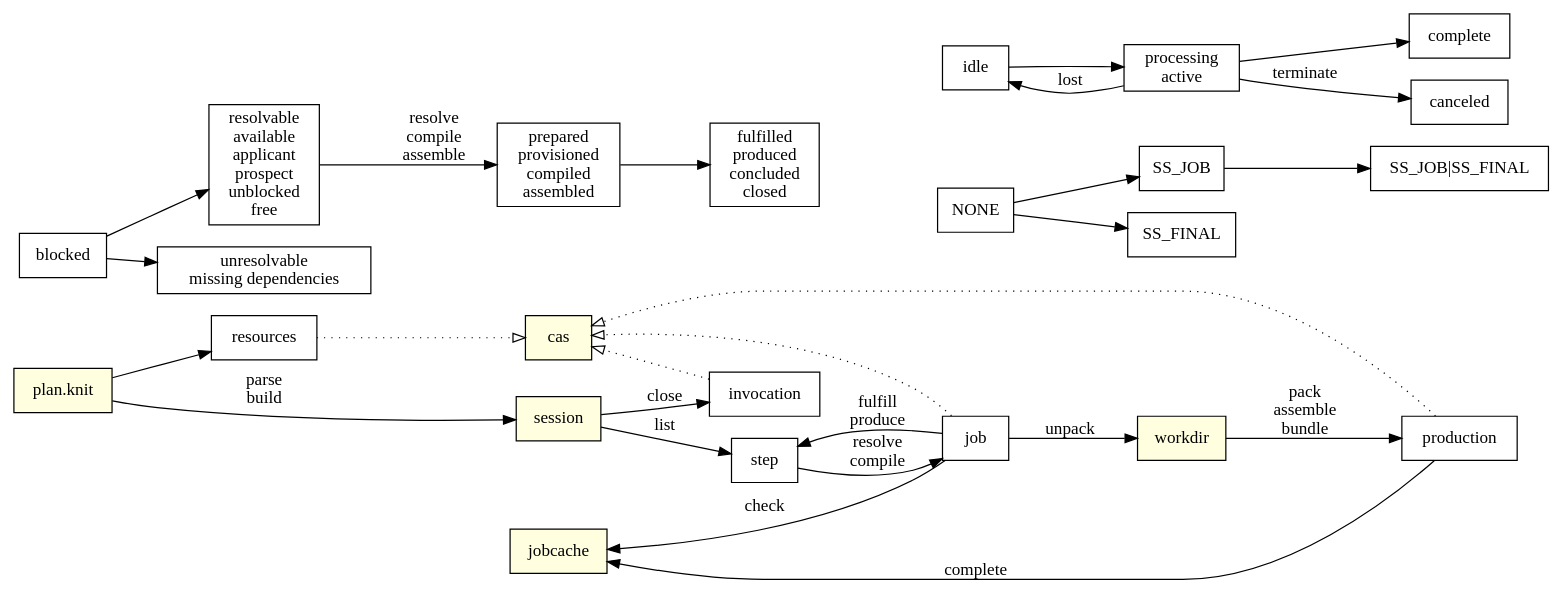
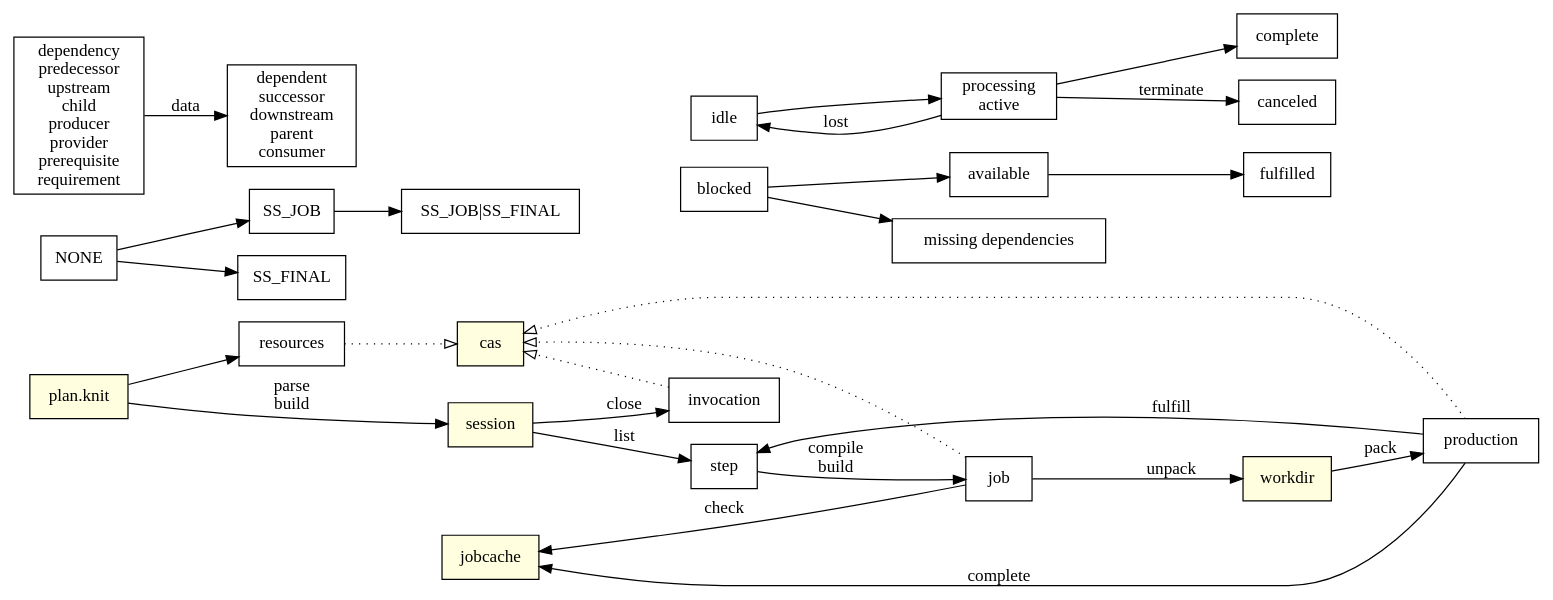
One commit to jmou/knit changed the diagram in diagram.dot. Above: the diagram before and after it, drawn with Graphviz. The commit also changed 9 other files, not shown here.

First line of the commit message:
Compile jobs as part of dependency resolution

```diff
--- a/diagram.dot
+++ b/diagram.dot
@@ -1,66 +1,69 @@
 digraph {
     rankdir=LR;
     node [shape=box];
 
     {
         node [style=filled,fillcolor=lightyellow];
 
         // session canonicalization to detect duplicate flows?
         "plan.knit";
         {
             rank=same;
             // .knit/sessions/xxxx
             session;
             // .knit/cas/xx/yyyy
             cas;
             // .knit/jobcache/xx/yyyy
             // TODO this seems more appropriate on the workdir
             // .knit/jobcache/xx/yyyy.pending
             jobcache;
         }
         // .knit/workdirs/xx/yyyy
         workdir;
     }
 
     "plan.knit" -> session [label="parse\nbuild"];
     "plan.knit" -> resources;
-    step -> job [label="resolve\ncompile"];
+    step -> job [label="compile\nbuild"];
     job -> jobcache [label=check];
-    job -> step [label="fulfill\nproduce"];
+    production -> step [label=fulfill];
     session -> step [label=list];
     session -> invocation [label=close];
 
     // dispatch
     job -> workdir [label=unpack];
-    workdir -> production [label="pack\nassemble\nbundle"];
+    workdir -> production [label=pack];
     production -> jobcache [label=complete];
 
     {
         edge [style=dotted,arrowhead=empty];
         resources -> cas;
         job -> cas;
         production -> cas;
         invocation -> cas;
     }
 
     // step states
     blocked;
-    resolvable [label="resolvable\navailable\napplicant\nprospect\nunblocked\nfree"];
-    prepared [label="prepared\nprovisioned\ncompiled\nassembled"];
-    blocked -> resolvable;
-    resolvable -> prepared [label="resolve\ncompile\nassemble"];
-    prepared -> "fulfilled\nproduced\nconcluded\nclosed";
-    blocked -> "unresolvable\nmissing dependencies";
+    available;
+    blocked -> available;
+    available -> fulfilled;
+    blocked -> "missing dependencies";
 
     // step flags
     NONE -> SS_JOB -> "SS_JOB|SS_FINAL";
     NONE -> SS_FINAL;
 
     // job states
     processing [label="processing\nactive"];
     idle -> processing -> complete;
     processing -> canceled [label=terminate];
     processing -> idle [label=lost];
 
-    { rank=same; idle; NONE; job; }
+    // dependencies
+    dependency [label="dependency\npredecessor\nupstream\nchild\nproducer\nprovider\nprerequisite\nrequirement"];
+    dependent [label="dependent\nsuccessor\ndownstream\nparent\nconsumer"];
+    dependency -> dependent [label=data];
+
+    { rank=same; idle; blocked; step; }
 }
```
